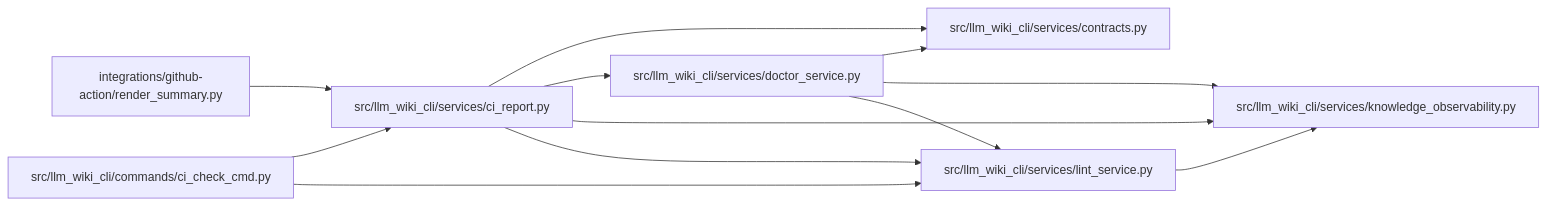
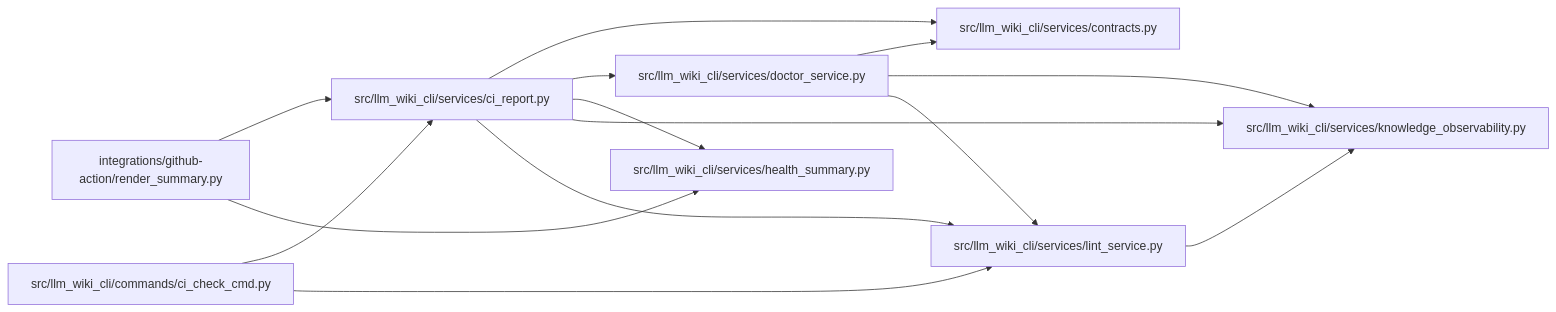
The diagram in docs/llm_wiki/modules/ci_report.md (Denissvgn/python-wiki-llm), drawn with Mermaid before and after one commit. The commit also changed other lines of this file and 345 other files, not shown here.

Commit message:
docs(wiki): synchronize dashboard reporting knowledge

````diff
--- a/docs/llm_wiki/modules/ci_report.md
+++ b/docs/llm_wiki/modules/ci_report.md
@@ -34,28 +36,32 @@
 ```mermaid
 flowchart LR
     n0["integrations/github-action/render_summary.py"]
     n1["src/llm_wiki_cli/commands/ci_check_cmd.py"]
     n2["src/llm_wiki_cli/services/ci_report.py"]
     n3["src/llm_wiki_cli/services/contracts.py"]
     n4["src/llm_wiki_cli/services/doctor_service.py"]
-    n5["src/llm_wiki_cli/services/knowledge_observability.py"]
-    n6["src/llm_wiki_cli/services/lint_service.py"]
+    n5["src/llm_wiki_cli/services/health_summary.py"]
+    n6["src/llm_wiki_cli/services/knowledge_observability.py"]
+    n7["src/llm_wiki_cli/services/lint_service.py"]
     n0 --> n2
+    n0 --> n5
     n1 --> n2
-    n1 --> n6
+    n1 --> n7
     n2 --> n3
     n2 --> n4
     n2 --> n5
     n2 --> n6
+    n2 --> n7
     n4 --> n3
-    n4 --> n5
     n4 --> n6
-    n6 --> n5
+    n4 --> n7
+    n7 --> n6
     click n0 "../modules/render_summary.md"
     click n1 "../modules/ci_check_cmd.md"
     click n2 "../modules/ci_report.md"
     click n3 "../modules/services_contracts.md"
     click n4 "../modules/doctor_service.md"
-    click n5 "../modules/knowledge_observability.md"
-    click n6 "../modules/lint_service.md"
+    click n5 "../modules/health_summary.md"
+    click n6 "../modules/knowledge_observability.md"
+    click n7 "../modules/lint_service.md"
 ```
````
